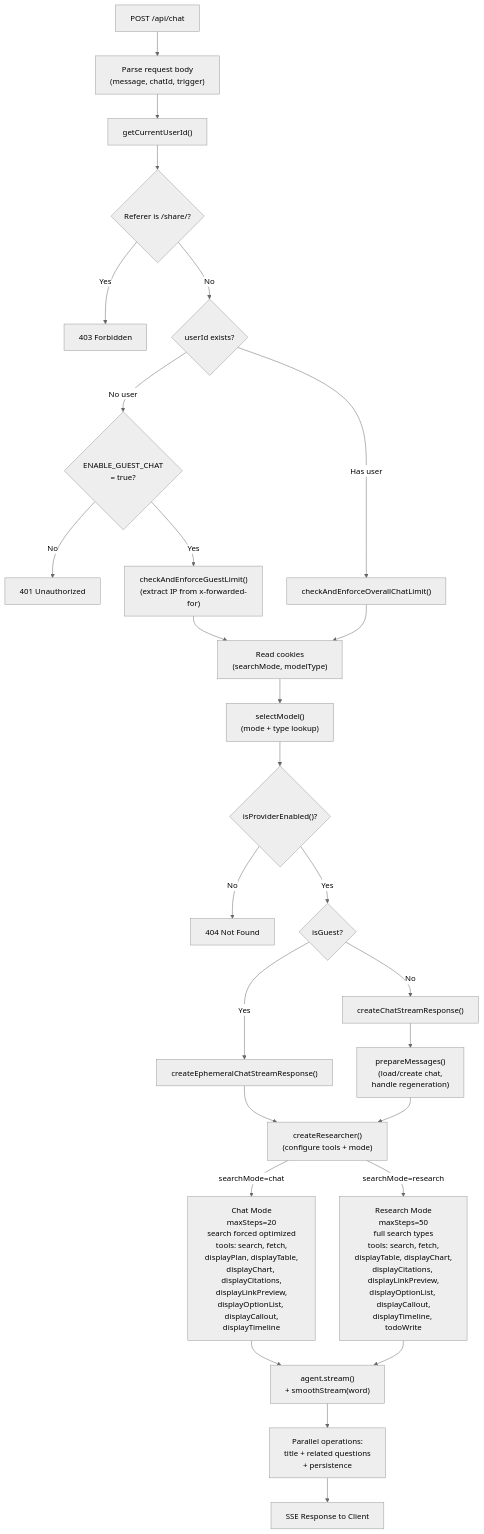
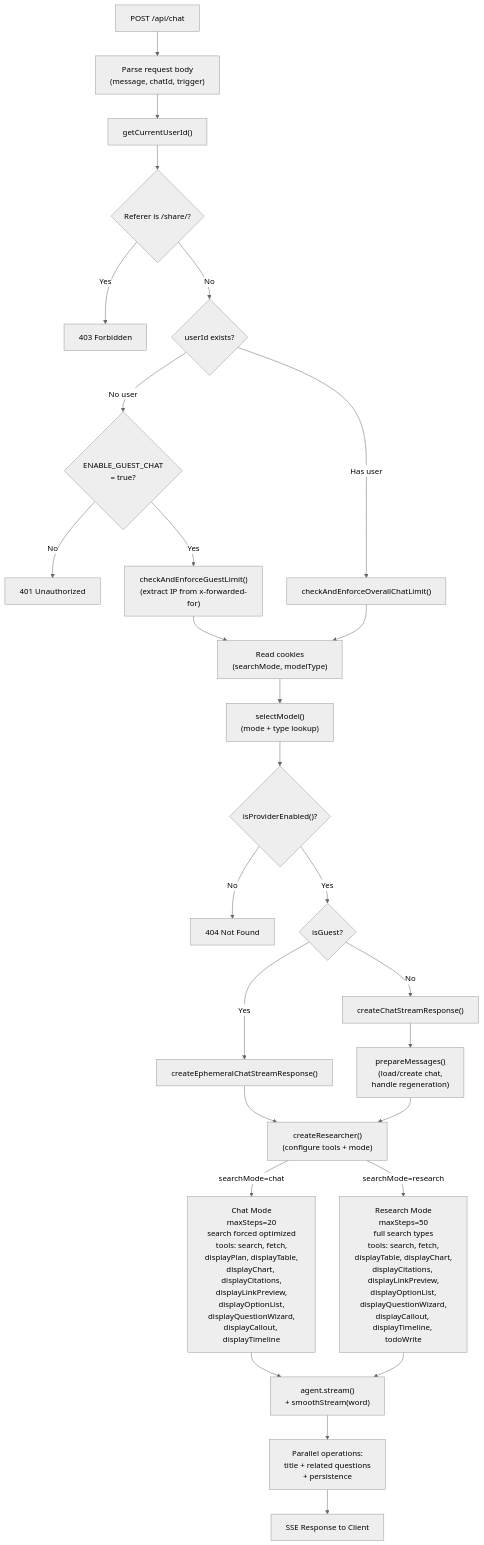
The second of 10 diagrams in docs/architecture/OVERVIEW.md (NickB03/polymorph), drawn with Mermaid (neutral theme) before and after one commit. The commit also changed other lines of this file and 2 other files, not shown here.

First line of the commit message:
docs: add displayQuestionWizard to architecture docs + fix search provider order

````diff
--- a/docs/architecture/OVERVIEW.md
+++ b/docs/architecture/OVERVIEW.md
@@ -87,49 +87,49 @@
 ```mermaid
 flowchart TD
     POST["POST /api/chat"]
     Parse["Parse request body<br/>(message, chatId, trigger)"]
     Auth["getCurrentUserId()"]
     ShareCheck{"Referer is /share/?"}
     GuestCheck{"userId exists?"}
     GuestEnabled{"ENABLE_GUEST_CHAT<br/>= true?"}
     GuestLimit["checkAndEnforceGuestLimit()<br/>(extract IP from x-forwarded-for)"]
     OverallLimit["checkAndEnforceOverallChatLimit()"]
     Cookies["Read cookies<br/>(searchMode, modelType)"]
     SelectModel["selectModel()<br/>(mode + type lookup)"]
     ProviderCheck{"isProviderEnabled()?"}
     StreamBranch{"isGuest?"}
     EphemeralStream["createEphemeralChatStreamResponse()"]
     AuthStream["createChatStreamResponse()"]
     PrepareMsg["prepareMessages()<br/>(load/create chat,<br/>handle regeneration)"]
     CreateAgent["createResearcher()<br/>(configure tools + mode)"]
-    ChatMode["Chat Mode<br/>maxSteps=20<br/>search forced optimized<br/>tools: search, fetch,<br/>displayPlan, displayTable,<br/>displayChart, displayCitations,<br/>displayLinkPreview,<br/>displayOptionList, displayCallout,<br/>displayTimeline"]
-    ResearchMode["Research Mode<br/>maxSteps=50<br/>full search types<br/>tools: search, fetch,<br/>displayTable, displayChart,<br/>displayCitations, displayLinkPreview,<br/>displayOptionList, displayCallout,<br/>displayTimeline, todoWrite"]
+    ChatMode["Chat Mode<br/>maxSteps=20<br/>search forced optimized<br/>tools: search, fetch,<br/>displayPlan, displayTable,<br/>displayChart, displayCitations,<br/>displayLinkPreview,<br/>displayOptionList,<br/>displayQuestionWizard,<br/>displayCallout, displayTimeline"]
+    ResearchMode["Research Mode<br/>maxSteps=50<br/>full search types<br/>tools: search, fetch,<br/>displayTable, displayChart,<br/>displayCitations, displayLinkPreview,<br/>displayOptionList,<br/>displayQuestionWizard,<br/>displayCallout, displayTimeline, todoWrite"]
     AgentStream["agent.stream()<br/>+ smoothStream(word)"]
     Parallel["Parallel operations:<br/>title + related questions<br/>+ persistence"]
     SSE["SSE Response to Client"]
 
     POST --> Parse --> Auth
     Auth --> ShareCheck
     ShareCheck -->|Yes| ForbidShare["403 Forbidden"]
     ShareCheck -->|No| GuestCheck
     GuestCheck -->|No user| GuestEnabled
     GuestEnabled -->|No| Unauth["401 Unauthorized"]
     GuestEnabled -->|Yes| GuestLimit
     GuestLimit --> Cookies
     GuestCheck -->|Has user| OverallLimit
     OverallLimit --> Cookies
     Cookies --> SelectModel
     SelectModel --> ProviderCheck
     ProviderCheck -->|No| ProviderErr["404 Not Found"]
     ProviderCheck -->|Yes| StreamBranch
     StreamBranch -->|Yes| EphemeralStream
     StreamBranch -->|No| AuthStream
     AuthStream --> PrepareMsg
     EphemeralStream --> CreateAgent
     PrepareMsg --> CreateAgent
     CreateAgent -->|searchMode=chat| ChatMode
     CreateAgent -->|searchMode=research| ResearchMode
     ChatMode --> AgentStream
     ResearchMode --> AgentStream
     AgentStream --> Parallel --> SSE
 ```
````
